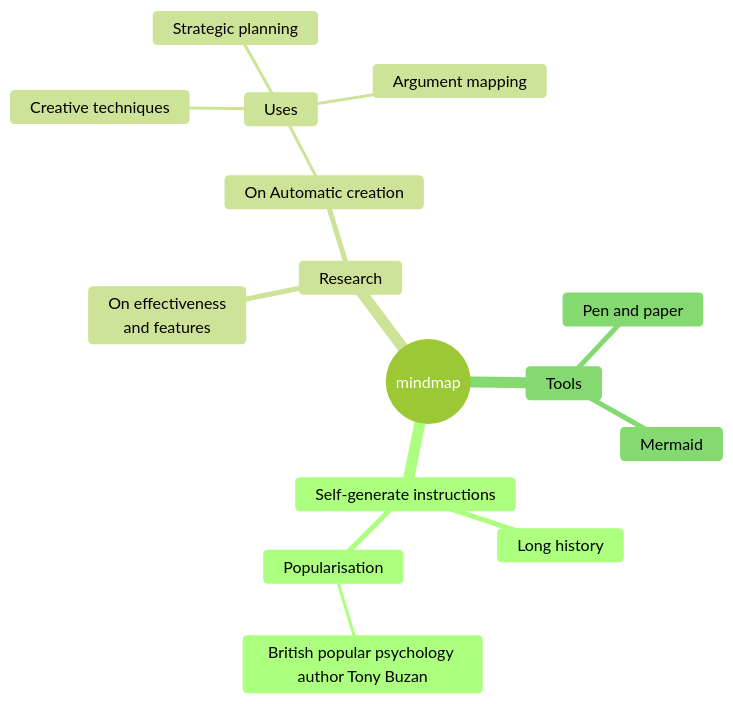
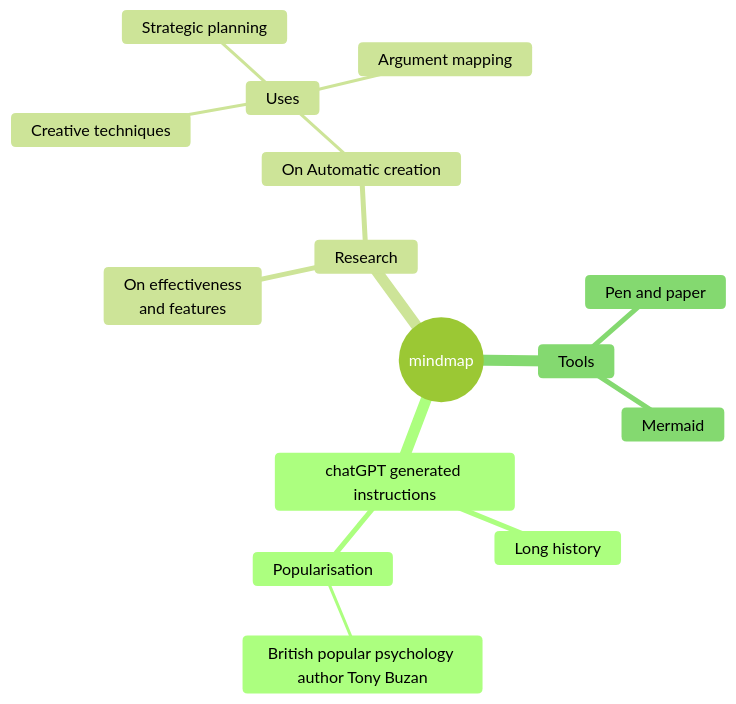
Before and after one commit to langbridgeai/Open-Instructions: the diagram in README.md, drawn with Mermaid (forest theme).

````diff
--- a/README.md
+++ b/README.md
@@ -62,21 +62,21 @@
 ```mermaid
 mindmap
   root((mindmap))
-    Self-generate instructions
+    chatGPT generated instructions
       Long history
       ::icon(fa fa-book)
       Popularisation
         British popular psychology author Tony Buzan
     Research
       On effectiveness<br/>and features
       On Automatic creation
         Uses
             Creative techniques
             Strategic planning
             Argument mapping
     Tools
       Pen and paper
       Mermaid
 
 
 ```
````
